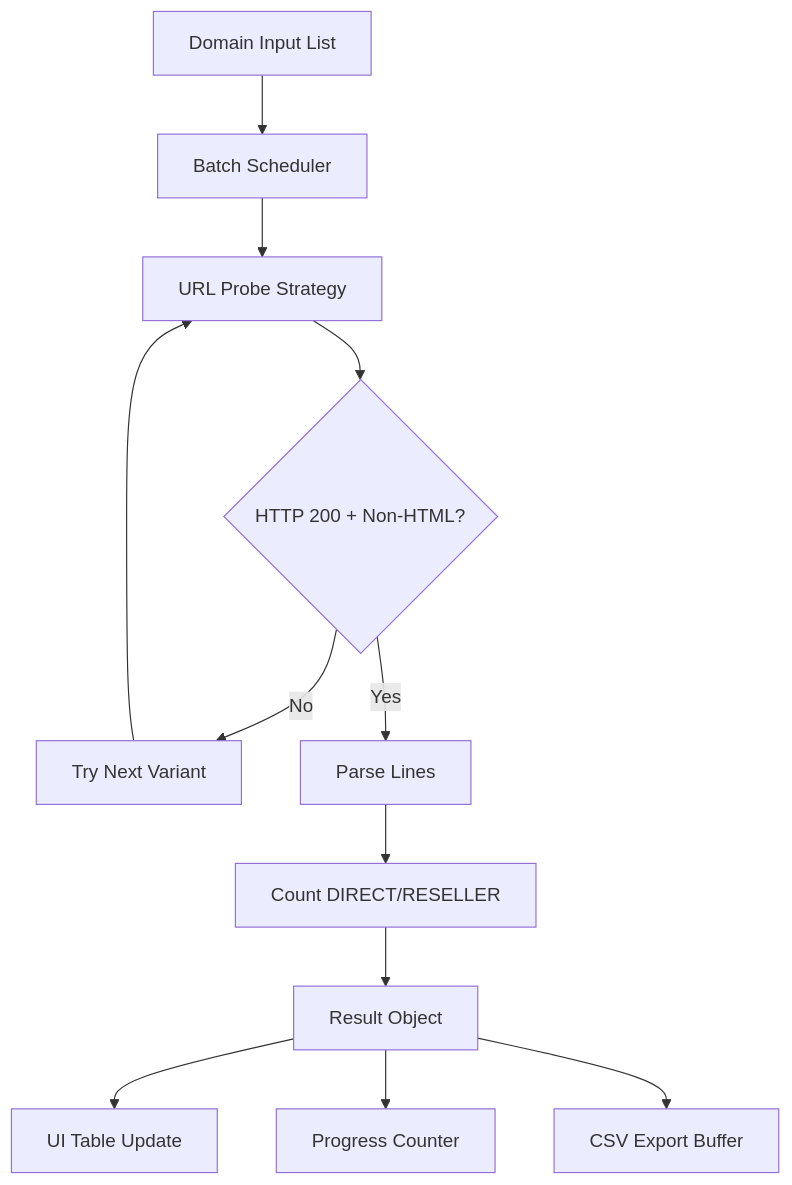
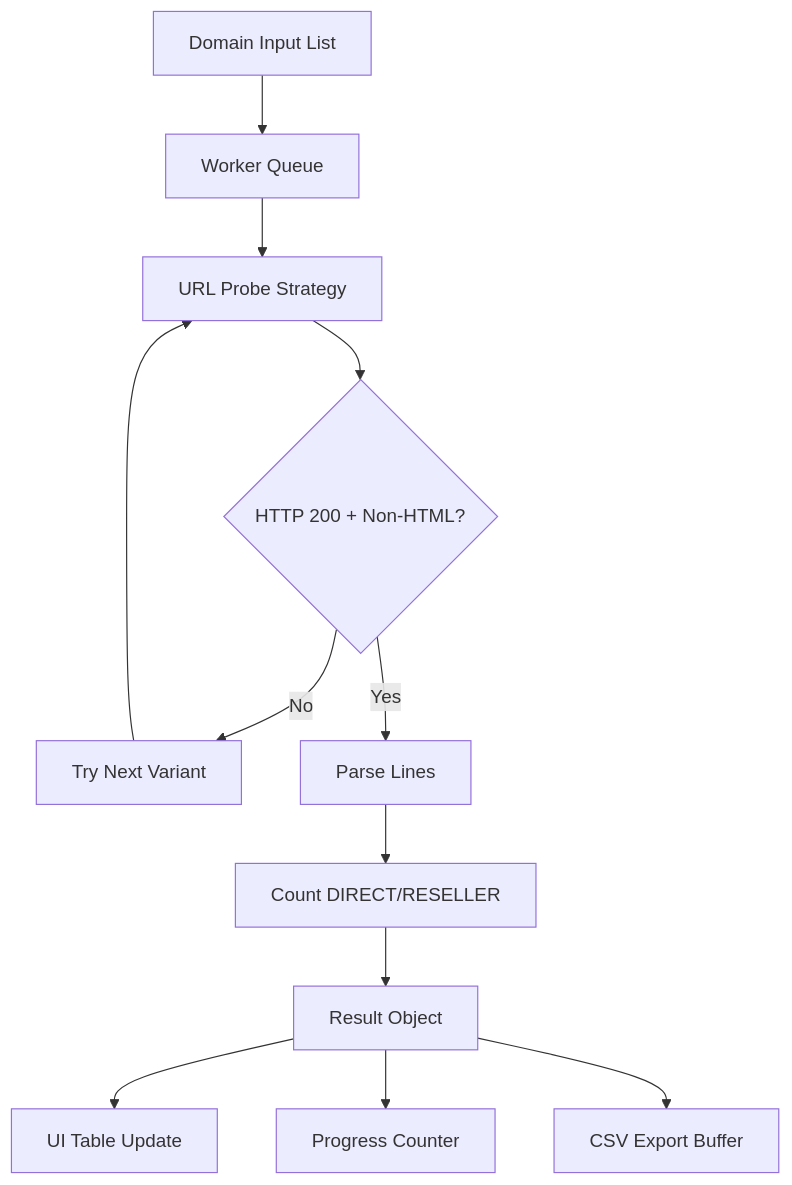
The diagram in README.md (Chrome-Extensions-labs/Mass-Ads-App-Ads-Checker), drawn with Mermaid before and after one commit. The commit also changed other lines of this file and 8 other files, not shown here.

````diff
--- a/README.md
+++ b/README.md
@@ -100,14 +101,14 @@
 ```mermaid
 flowchart TD
-    A[Domain Input List] --> B[Batch Scheduler]
+    A[Domain Input List] --> B[Worker Queue]
     B --> C[URL Probe Strategy]
     C --> D{HTTP 200 + Non-HTML?}
     D -- No --> E[Try Next Variant]
     E --> C
     D -- Yes --> F[Parse Lines]
     F --> G[Count DIRECT/RESELLER]
     G --> H[Result Object]
     H --> I[UI Table Update]
     H --> J[Progress Counter]
     H --> K[CSV Export Buffer]
 ```
````
